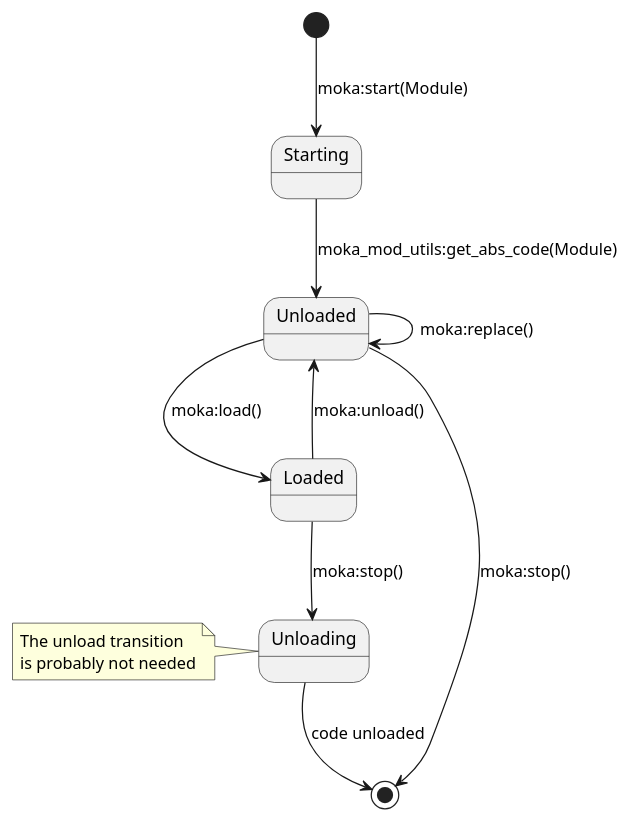
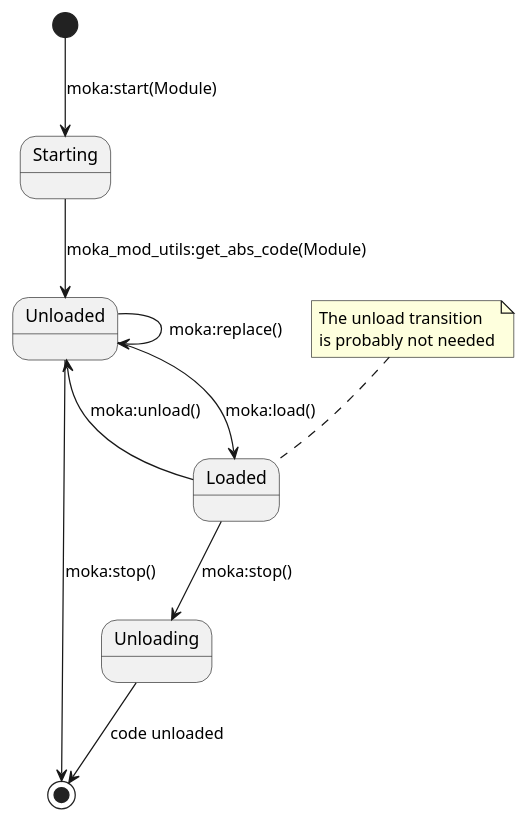
The diagram in doc/design/moka_state.puml (samuelrivas/moka), drawn with PlantUML before and after one commit.

Commit message:
DOC cosmetics in the state diagram

```diff
--- a/doc/design/moka_state.puml
+++ b/doc/design/moka_state.puml
@@ -1,20 +1,20 @@
 @startuml
 
 [*] --> Starting : moka:start(Module)
 
 Starting --> Unloaded : moka_mod_utils:get_abs_code(Module)
 
 Unloaded --> Unloaded : moka:replace()
 
 Unloaded --> Loaded : moka:load()
 
 Loaded --> Unloading : moka:stop()
 
-note left : The unload transition\nis probably not needed
-
 Unloading --> [*] : code unloaded
 Unloaded --> [*] : moka:stop()
 
 Loaded --> Unloaded : moka:unload()
+note top of Loaded : The unload transition\nis probably not needed
+
 
 @enduml
```
